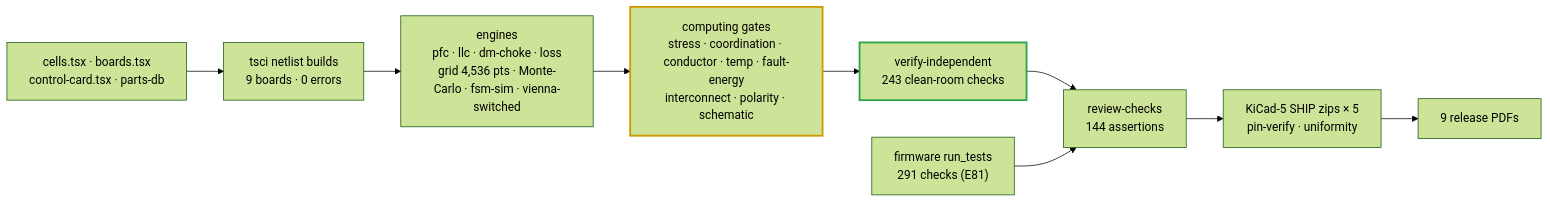
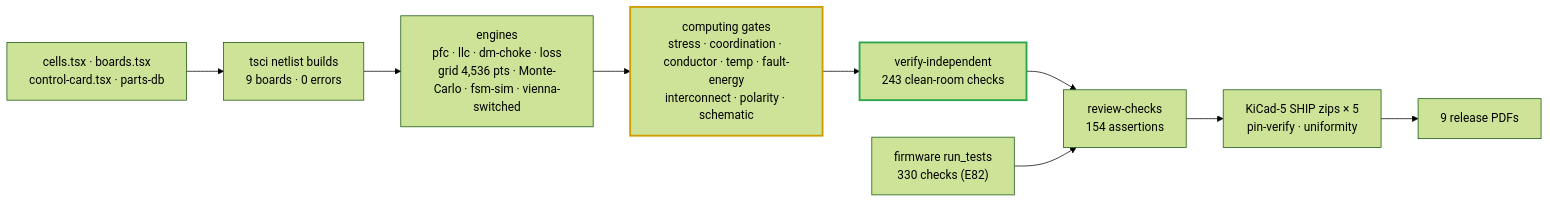
The diagram in docs/verification-matrix.md (vectivolt/DC-Modules), drawn with Mermaid (forest theme) before and after one commit. The commit also changed other lines of this file and 338 other files, not shown here.

````diff
--- a/docs/verification-matrix.md
+++ b/docs/verification-matrix.md
@@ -54,13 +54,13 @@
 ```mermaid
 flowchart LR
   SRC["cells.tsx · boards.tsx<br/>control-card.tsx · parts-db"] --> BUILD["tsci netlist builds<br/>9 boards · 0 errors"]
   BUILD --> ENG["engines<br/>pfc · llc · dm-choke · loss<br/>grid 4,536 pts · Monte-Carlo · fsm-sim · vienna-switched"]
   ENG --> GATES["computing gates<br/>stress · coordination · conductor · temp · fault-energy<br/>interconnect · polarity · schematic"]
   GATES --> IND["verify-independent<br/>243 clean-room checks"]
-  IND --> REV["review-checks<br/>144 assertions"]
+  IND --> REV["review-checks<br/>154 assertions"]
   REV --> SHIP["KiCad-5 SHIP zips × 5<br/>pin-verify · uniformity"]
   SHIP --> PDF["9 release PDFs"]
-  FW["firmware run_tests<br/>291 checks (E81)"] --> REV
+  FW["firmware run_tests<br/>330 checks (E82)"] --> REV
   style GATES stroke:#d19a00,stroke-width:2.5px
   style IND stroke:#2ea44f,stroke-width:2.5px
 ```
````
